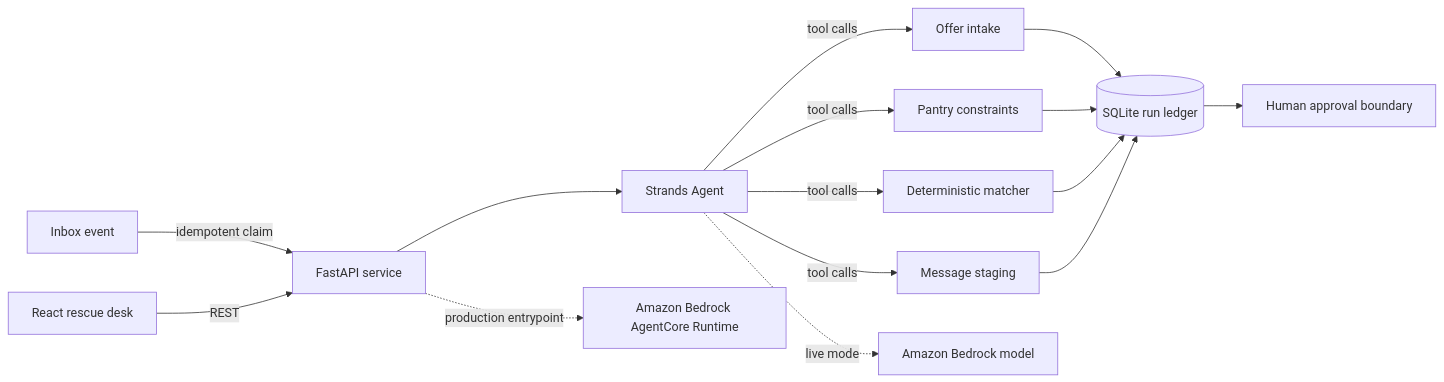
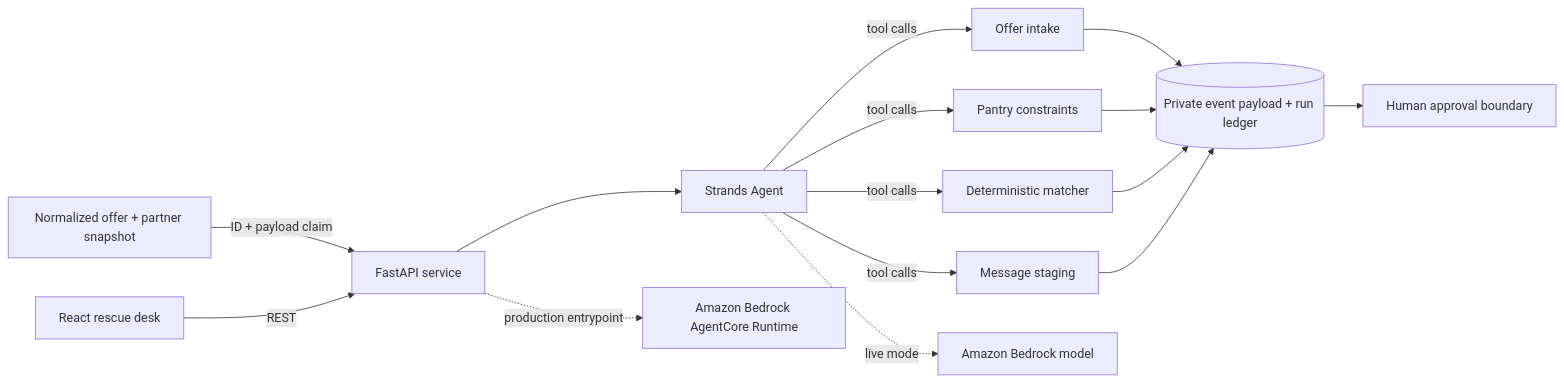
One commit to tarang-tj/rescue-relay changed the diagram in README.md. Above: the diagram before and after it, drawn with Mermaid. The commit also changed other lines of this file and 22 other files, not shown here.

````diff
--- a/README.md
+++ b/README.md
@@ -43,17 +43,17 @@
 ```mermaid
 flowchart LR
-    EVENT[Inbox event] -->|idempotent claim| API[FastAPI service]
+    EVENT[Normalized offer + partner snapshot] -->|ID + payload claim| API[FastAPI service]
     UI[React rescue desk] -->|REST| API[FastAPI service]
     API --> ORCH[Strands Agent]
     ORCH -->|tool calls| INBOX[Offer intake]
     ORCH -->|tool calls| RULES[Pantry constraints]
     ORCH -->|tool calls| MATCH[Deterministic matcher]
     ORCH -->|tool calls| STAGE[Message staging]
-    INBOX --> DB[(SQLite run ledger)]
+    INBOX --> DB[(Private event payload + run ledger)]
     RULES --> DB
     MATCH --> DB
     STAGE --> DB
     DB --> APPROVAL[Human approval boundary]
     API -. production entrypoint .-> CORE[Amazon Bedrock AgentCore Runtime]
     ORCH -. live mode .-> BEDROCK[Amazon Bedrock model]
 ```
````
